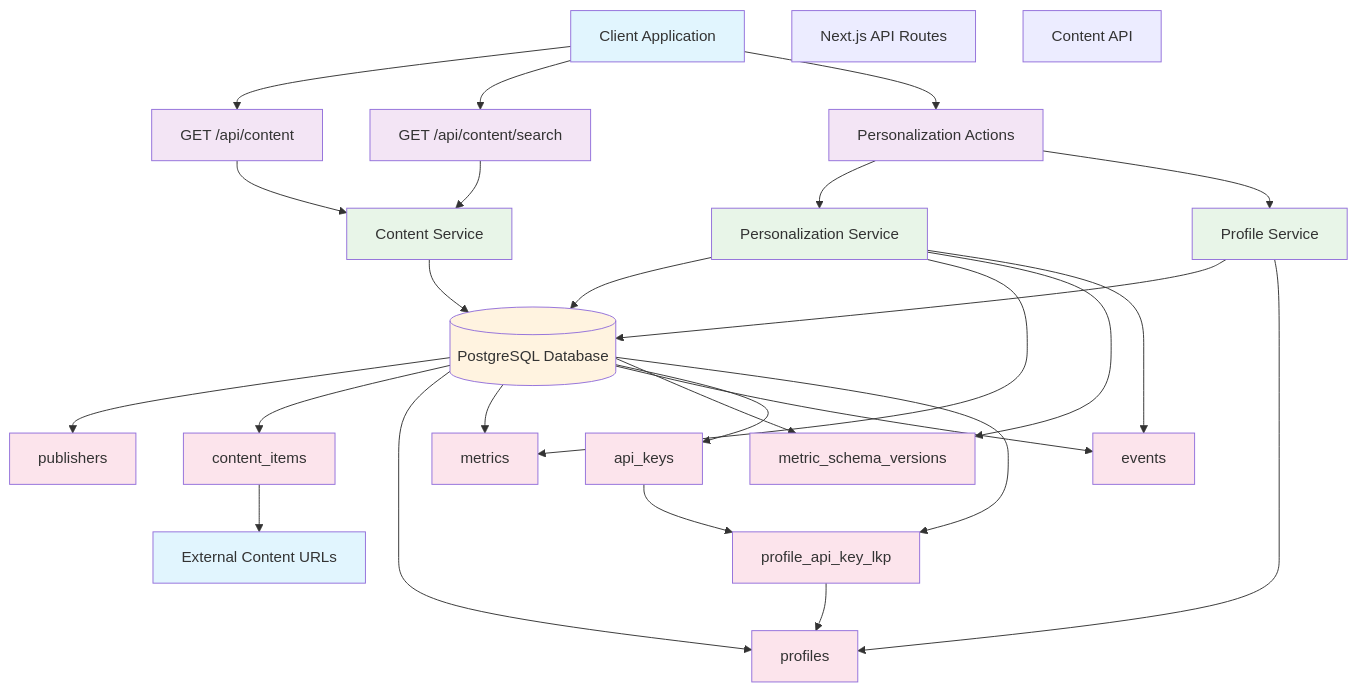
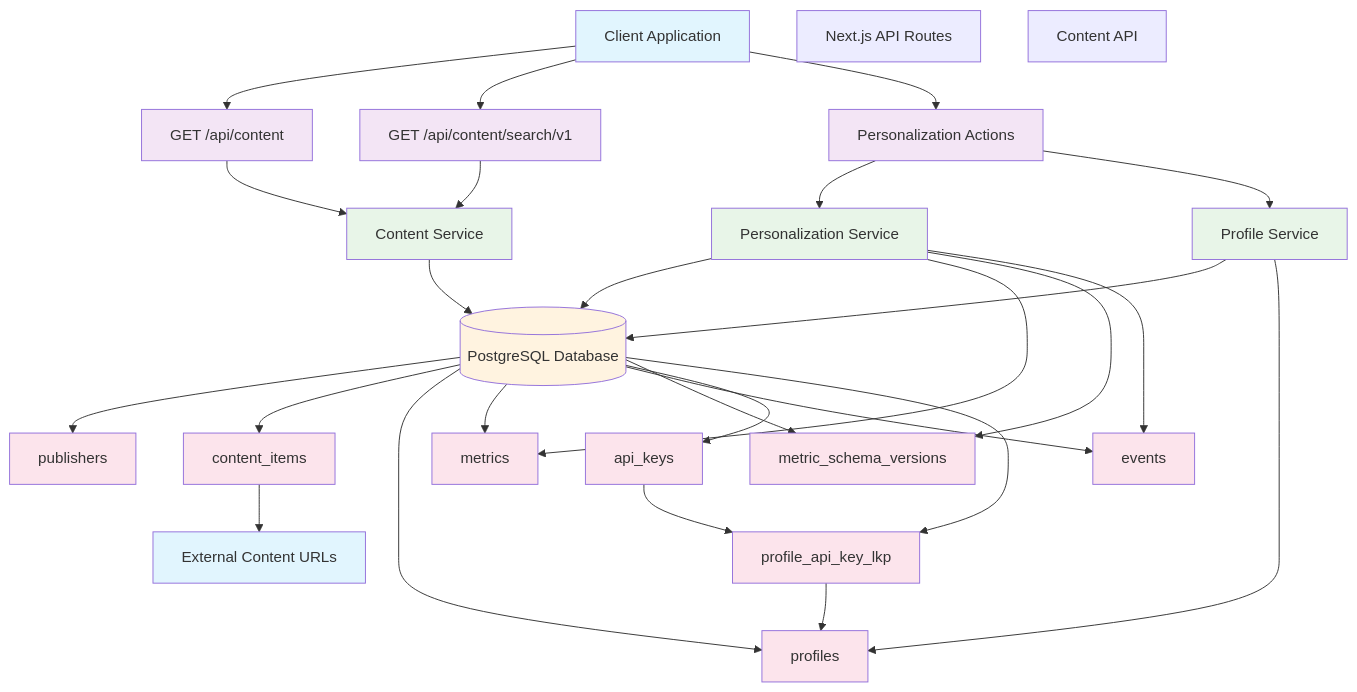
Before and after one commit to servant-io/gloo-hack-2025: the diagram in apps/content-proxy/db/README.md, drawn with Mermaid. The commit also changed other lines of this file and 15 other files, not shown here.

First line of the commit message:
implement unified search api (#33)

```diff
--- a/apps/content-proxy/db/README.md
+++ b/apps/content-proxy/db/README.md
@@ -145,7 +145,7 @@
     API[Next.js API Routes]
     ContentAPI[Content API]
     ContentListAPI["GET /api/content"]
-    ContentSearchAPI["GET /api/content/search"]
+    ContentSearchAPI["GET /api/content/search/v1"]
     PersonalizationAPI[Personalization Actions]
 
     %% Business Logic Layer
```
